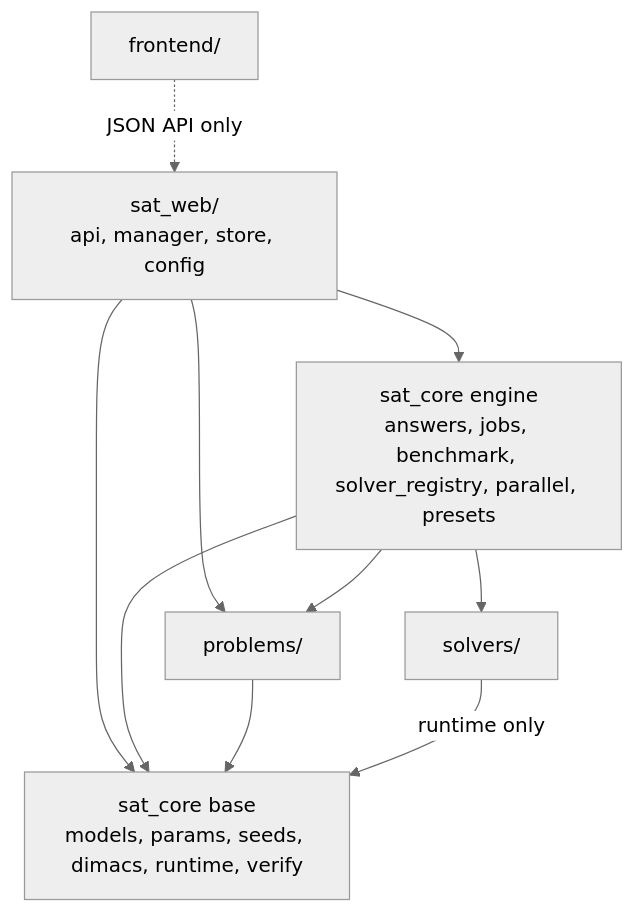
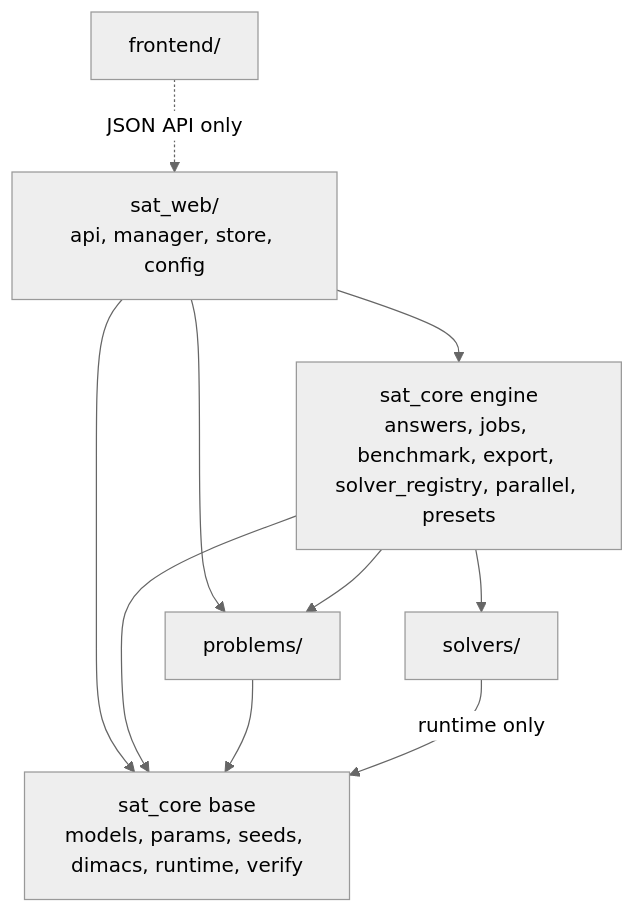
The third of 8 diagrams in docs/guide/architecture.md (Aziyck/SATsolver), drawn with Mermaid (neutral theme) before and after one commit. The commit also changed 12 other files, not shown here.

````diff
--- a/docs/guide/architecture.md
+++ b/docs/guide/architecture.md
@@ -180,19 +180,19 @@
 ```mermaid
 flowchart TD
     frontend["frontend/"]
     web["sat_web/<br/>api, manager, store, config"]
-    engine["sat_core engine<br/>answers, jobs, benchmark, solver_registry, parallel, presets"]
+    engine["sat_core engine<br/>answers, jobs, benchmark, export, solver_registry, parallel, presets"]
     problems["problems/"]
     solvers["solvers/"]
     base["sat_core base<br/>models, params, seeds, dimacs, runtime, verify"]
 
     frontend -. "JSON API only" .-> web
     web --> engine
     web --> problems
     web --> base
     engine --> problems
     engine --> solvers
     engine --> base
     problems --> base
     solvers -- "runtime only" --> base
 ```
````
